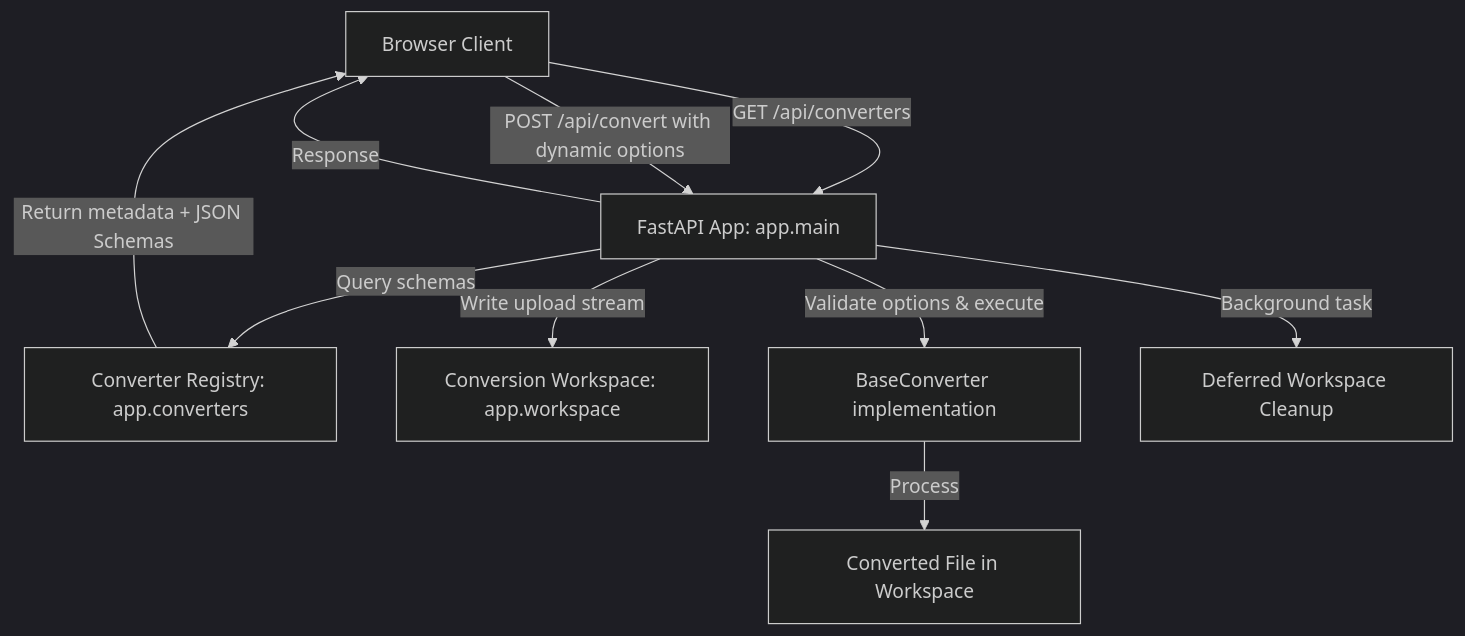
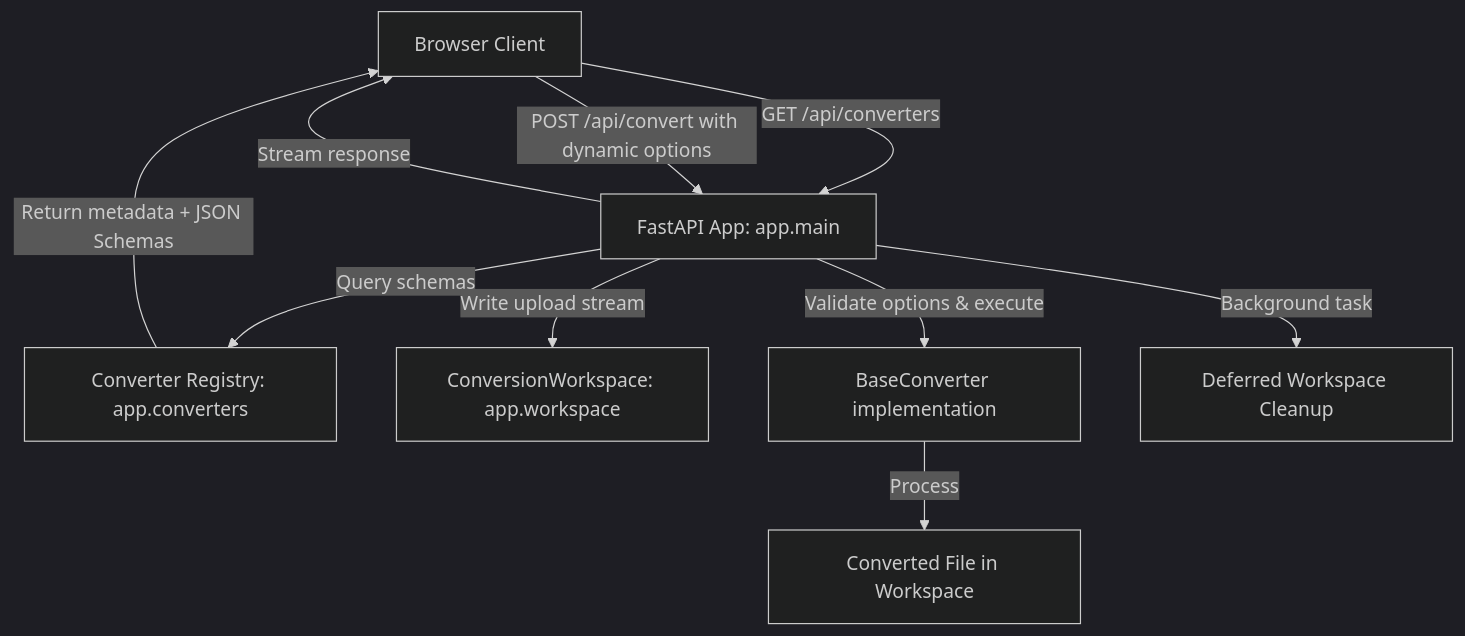
One commit to ThirtyNimrod/adla-badli changed the diagram in docs/architecture.md. Above: the diagram before and after it, drawn with Mermaid (dark theme). The commit also changed other lines of this file and 44 other files, not shown here.

Commit message:
feat: implement universal converter suite with registry-based architecture and supporting documentation

````diff
--- a/docs/architecture.md
+++ b/docs/architecture.md
@@ -7,12 +7,12 @@
 ```mermaid
 graph TD
     Client[Browser Client] -->|GET /api/converters| Main[FastAPI App: app.main]
     Main -->|Query schemas| Registry[Converter Registry: app.converters]
     Registry -->|Return metadata + JSON Schemas| Client
     Client -->|POST /api/convert with dynamic options| Main
-    Main -->|Write upload stream| Workspace[Conversion Workspace: app.workspace]
+    Main -->|Write upload stream| Workspace[ConversionWorkspace: app.workspace]
     Main -->|Validate options & execute| Converter[BaseConverter implementation]
     Converter -->|Process| Output[Converted File in Workspace]
-    Main -->|Response| Client
+    Main -->|Stream response| Client
     Main -->|Background task| Cleanup[Deferred Workspace Cleanup]
 ```
````
